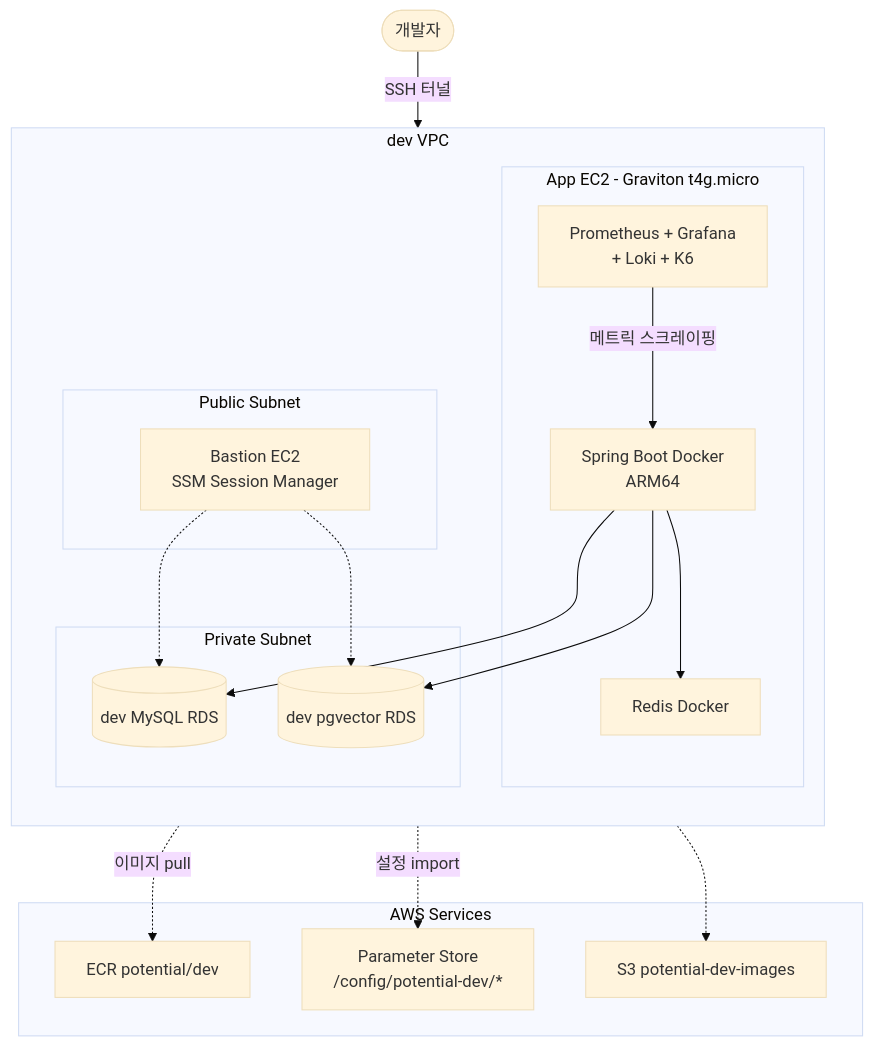
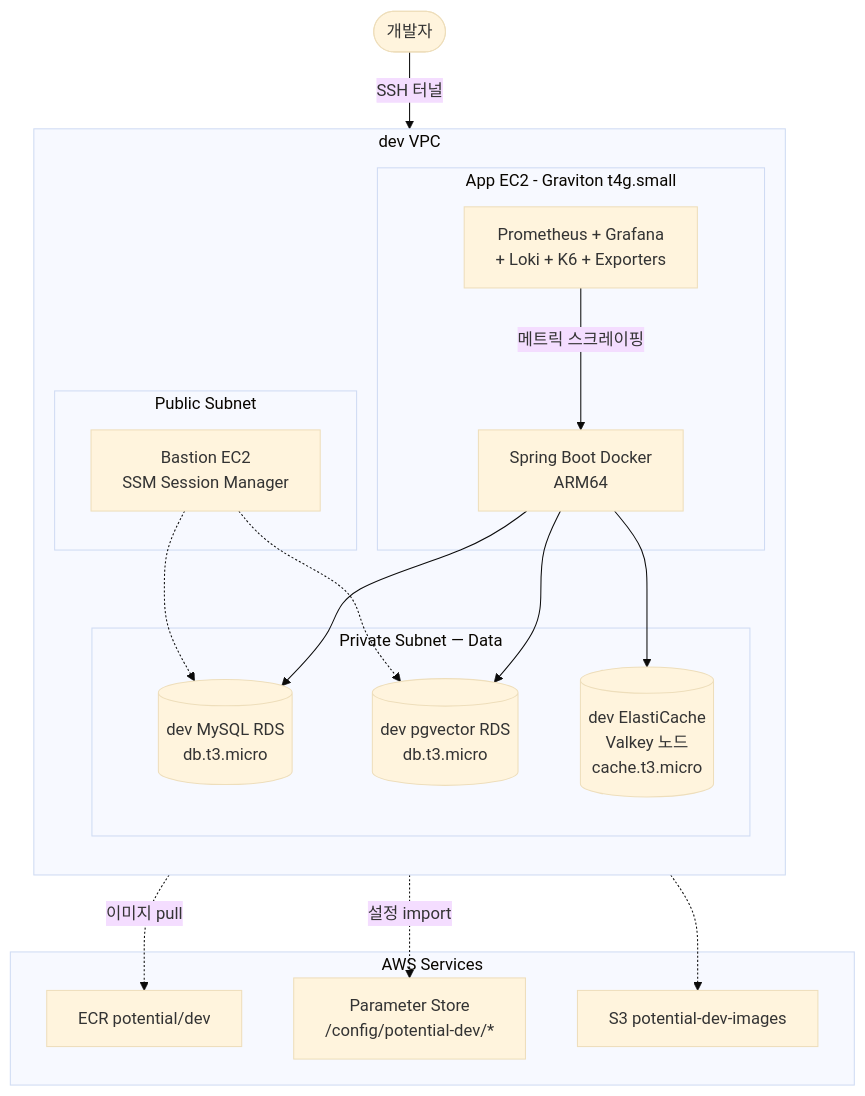
Before and after one commit to Four-tential/Potential: the third of 10 diagrams in docs/ARCHITECTURE.md, drawn with Mermaid (base theme). The commit also changed other lines of this file and 3 other files, not shown here.

````diff
--- a/docs/ARCHITECTURE.md
+++ b/docs/ARCHITECTURE.md
@@ -202,40 +203,40 @@
 ```mermaid
 flowchart TB
     DevUser([개발자])
 
     subgraph DEV_VPC[dev VPC]
       direction TB
       subgraph DEV_PUB[Public Subnet]
         BASTION[Bastion EC2<br/>SSM Session Manager]
       end
 
-      subgraph DEV_APP[App EC2 - Graviton t4g.micro]
+      subgraph DEV_APP[App EC2 - Graviton t4g.small]
         SPRING_DEV[Spring Boot Docker<br/>ARM64]
-        REDIS_DEV[Redis Docker]
-        MON[Prometheus + Grafana<br/>+ Loki + K6]
+        MON[Prometheus + Grafana<br/>+ Loki + K6 + Exporters]
       end
 
-      subgraph DEV_PRIV[Private Subnet]
-        DEV_RDS_M[(dev MySQL RDS)]
-        DEV_RDS_P[(dev pgvector RDS)]
+      subgraph DEV_PRIV[Private Subnet — Data]
+        DEV_RDS_M[(dev MySQL RDS<br/>db.t3.micro)]
+        DEV_RDS_P[(dev pgvector RDS<br/>db.t3.micro)]
+        DEV_CACHE[(dev ElastiCache<br/>Valkey 노드<br/>cache.t3.micro)]
       end
     end
 
     subgraph DevAws[AWS Services]
       DEV_ECR[ECR potential/dev]
       DEV_PS[Parameter Store<br/>/config/potential-dev/*]
       DEV_S3[S3 potential-dev-images]
     end
 
     DevUser -->|SSH 터널| BASTION
     BASTION -.-> DEV_RDS_M
     BASTION -.-> DEV_RDS_P
 
     SPRING_DEV --> DEV_RDS_M
     SPRING_DEV --> DEV_RDS_P
-    SPRING_DEV --> REDIS_DEV
+    SPRING_DEV --> DEV_CACHE
     SPRING_DEV -.->|이미지 pull| DEV_ECR
     SPRING_DEV -.->|설정 import| DEV_PS
     SPRING_DEV -.-> DEV_S3
     MON -->|메트릭 스크레이핑| SPRING_DEV
 ```
````
